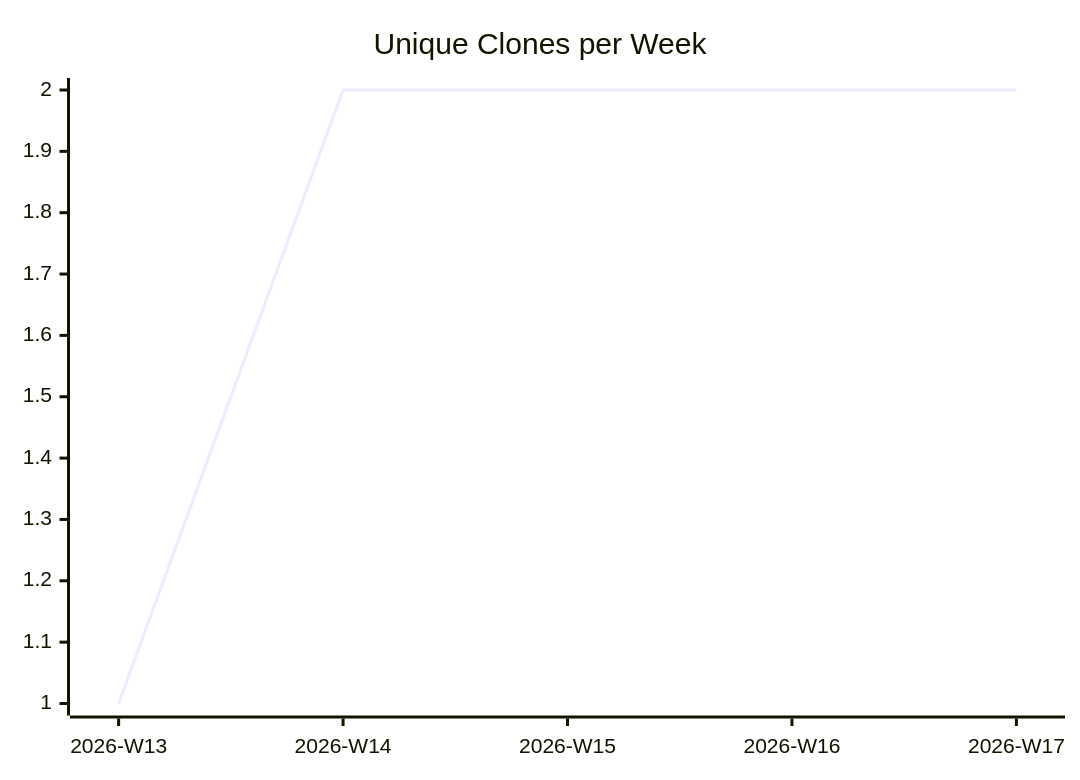
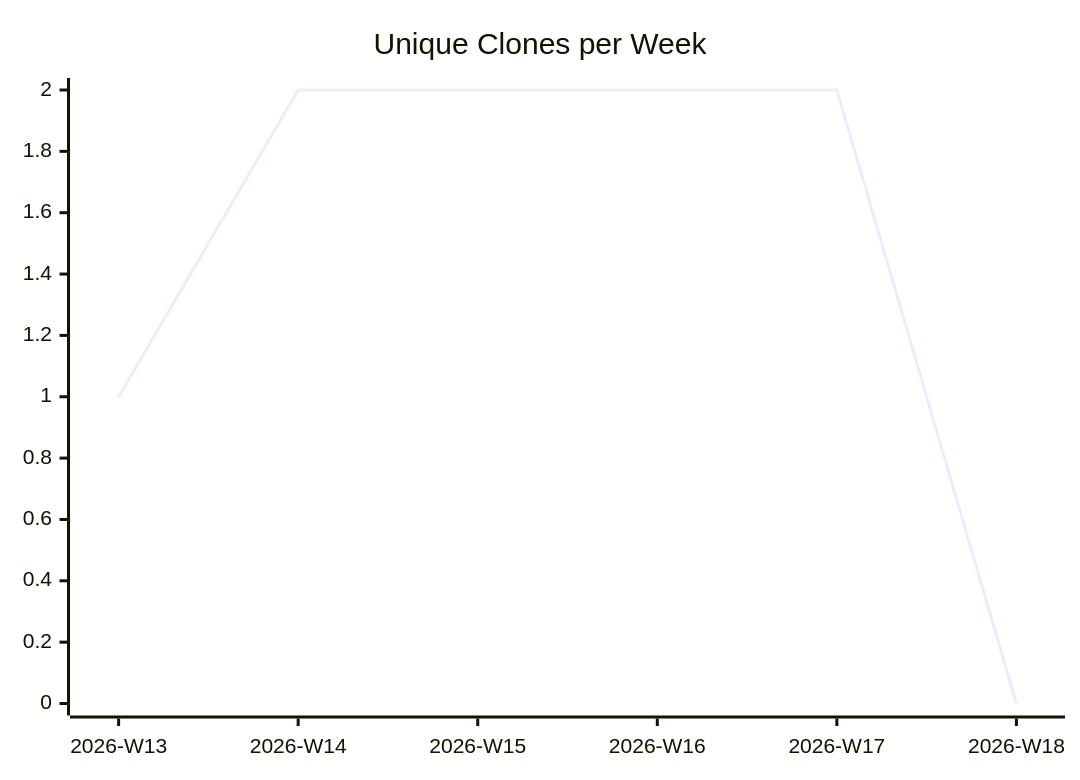
Before and after one commit to justdavis-family/github-analytics-data: the third of 3 diagrams in karlmdavis/hello-rust-actix/README.md, drawn with Mermaid. The commit also changed other lines of this file and 184 other files, not shown here.

````diff
--- a/karlmdavis/hello-rust-actix/README.md
+++ b/karlmdavis/hello-rust-actix/README.md
@@ -19,6 +19,6 @@
 ```mermaid
 xychart-beta
   title "Unique Clones per Week"
-  x-axis ["2026-W13", "2026-W14", "2026-W15", "2026-W16", "2026-W17"]
-  line [1, 2, 2, 2, 2]
+  x-axis ["2026-W13", "2026-W14", "2026-W15", "2026-W16", "2026-W17", "2026-W18"]
+  line [1, 2, 2, 2, 2, 0]
 ```
````
